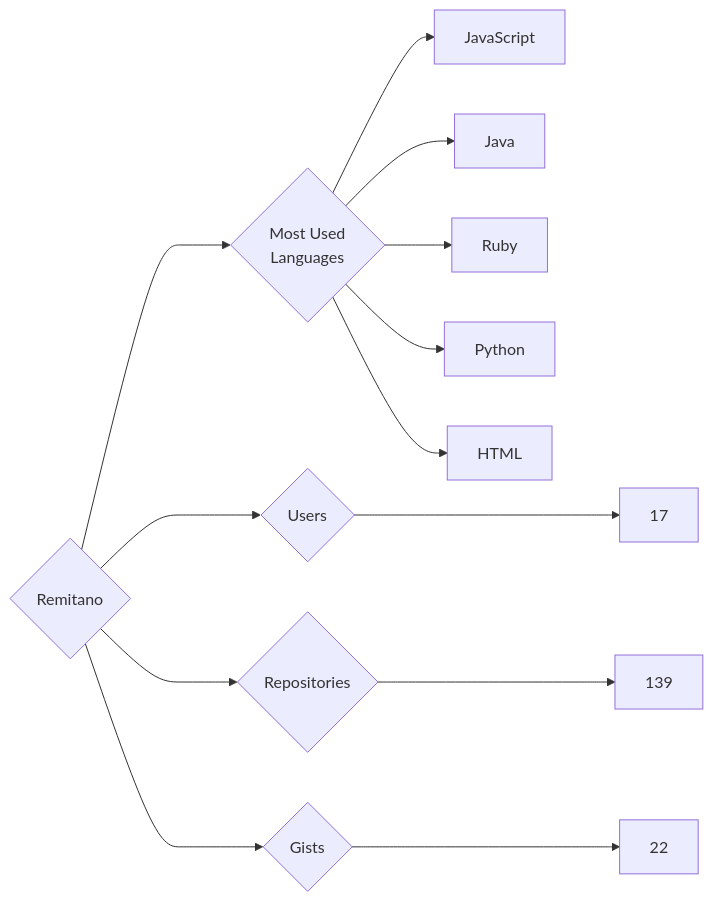
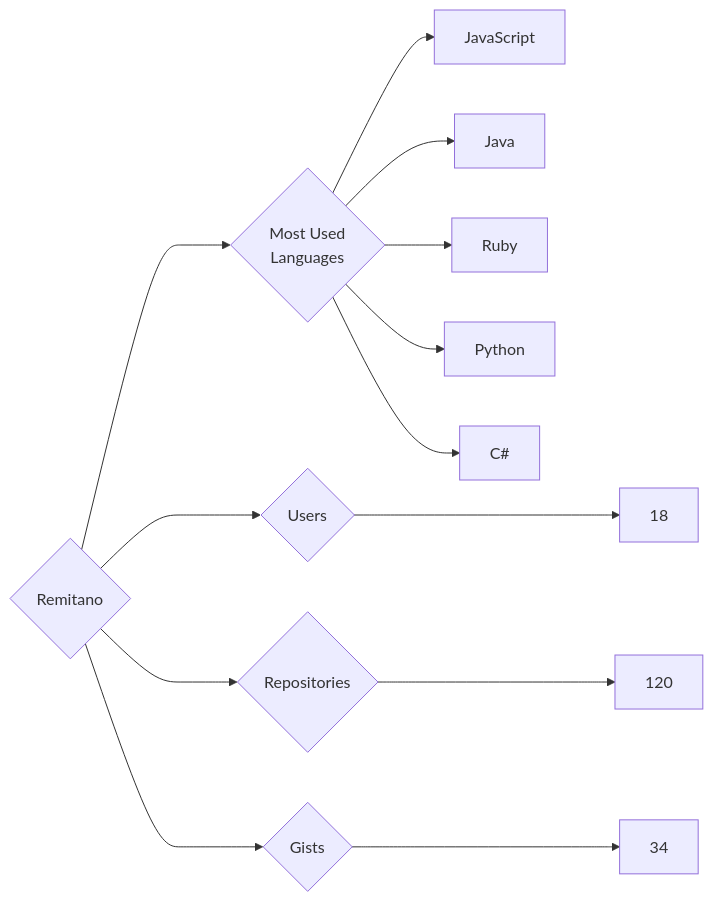
One commit to trickest/insiders changed the diagram in targets/Remitano/README.md. Above: the diagram before and after it, drawn with Mermaid. The commit also changed 814 other files, not shown here.

````diff
--- a/targets/Remitano/README.md
+++ b/targets/Remitano/README.md
@@ -3,13 +3,13 @@
 ```mermaid
 graph LR
 COMPANY_NAME{Remitano}
-COMPANY_NAME ---> U{Users} ---> UN[17]
-COMPANY_NAME ---> R{Repositories} ---> RN[139]
-COMPANY_NAME ---> G{Gists} ---> GN[22]
+COMPANY_NAME ---> U{Users} ---> UN[18]
+COMPANY_NAME ---> R{Repositories} ---> RN[120]
+COMPANY_NAME ---> G{Gists} ---> GN[34]
 COMPANY_NAME ---> ML{Most Used<br>Languages}
 ML --> JavaScript[JavaScript]
 ML --> Java[Java]
 ML --> Ruby[Ruby]
 ML --> Python[Python]
-ML --> HTML[HTML]
+ML --> C#[C#]
 ```
````
